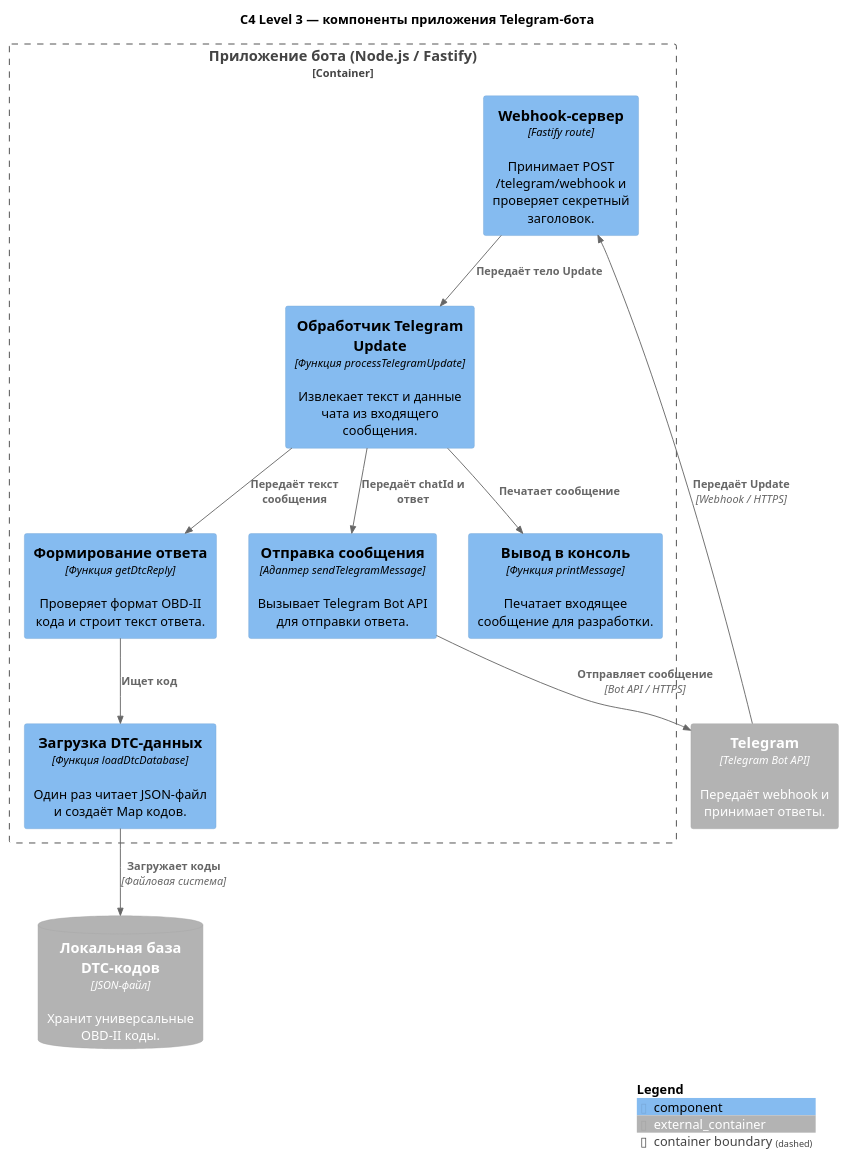
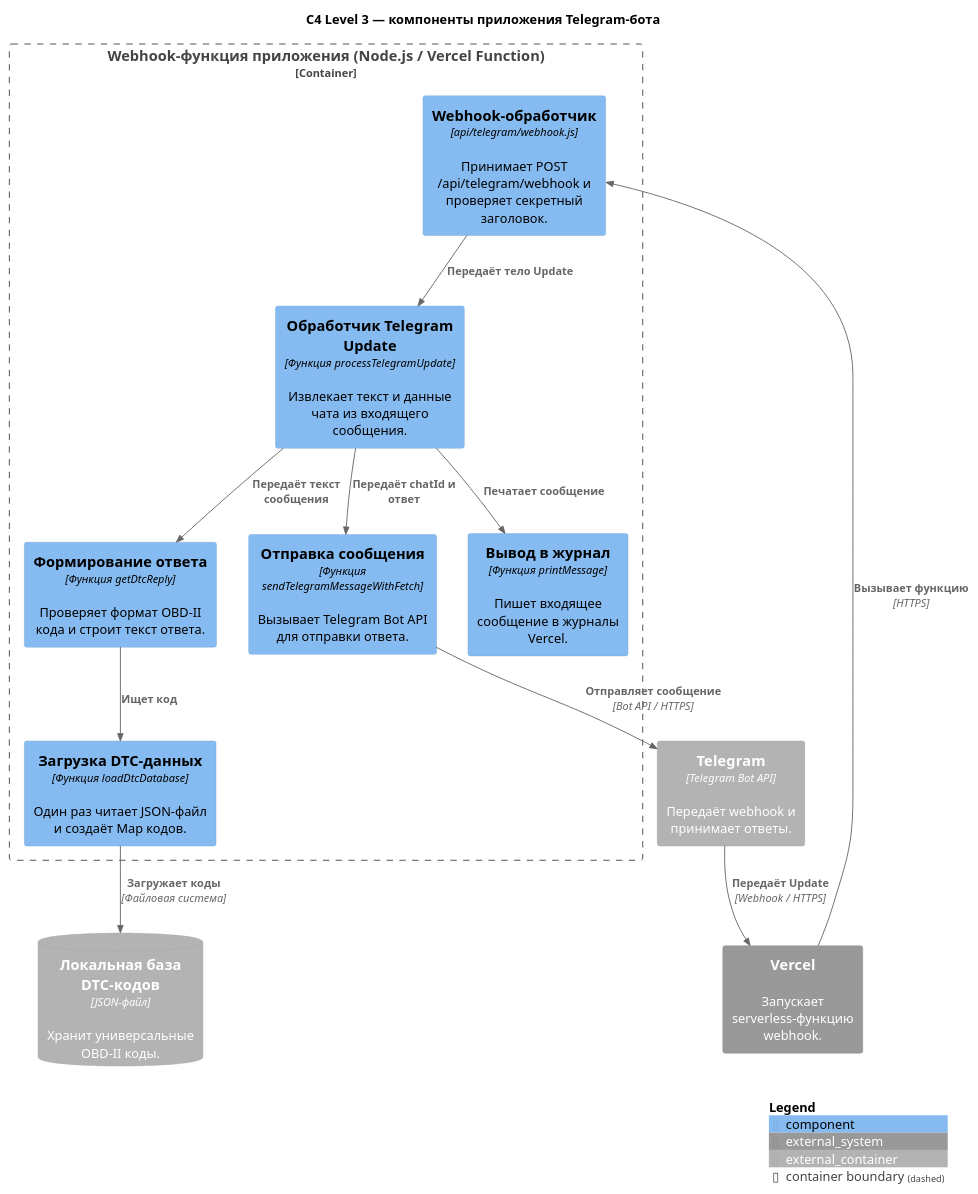
The diagram in docs/c4-level-3-components.puml (DmitriyLyashenko78/auto-helper-telegram-bot), drawn with PlantUML before and after one commit. The commit also changed 2 other files, not shown here.

Commit message:
Update C4 architecture diagrams

```diff
--- a/docs/c4-level-3-components.puml
+++ b/docs/c4-level-3-components.puml
@@ -1,30 +1,32 @@
 @startuml C4_Level_3_Telegram_Bot
 !includeurl https://raw.githubusercontent.com/plantuml-stdlib/C4-PlantUML/master/C4_Component.puml
 
 title C4 Level 3 — компоненты приложения Telegram-бота
 
 LAYOUT_TOP_DOWN()
 
 Container_Ext(telegram, "Telegram", "Telegram Bot API", "Передаёт webhook и принимает ответы.")
+System_Ext(vercel, "Vercel", "Запускает serverless-функцию webhook.")
 ContainerDb_Ext(dtcData, "Локальная база DTC-кодов", "JSON-файл", "Хранит универсальные OBD-II коды.")
 
-Container_Boundary(botApp, "Приложение бота (Node.js / Fastify)") {
-  Component(webhookServer, "Webhook-сервер", "Fastify route", "Принимает POST /telegram/webhook и проверяет секретный заголовок.")
+Container_Boundary(botApp, "Webhook-функция приложения (Node.js / Vercel Function)") {
+  Component(webhookServer, "Webhook-обработчик", "api/telegram/webhook.js", "Принимает POST /api/telegram/webhook и проверяет секретный заголовок.")
   Component(updateProcessor, "Обработчик Telegram Update", "Функция processTelegramUpdate", "Извлекает текст и данные чата из входящего сообщения.")
   Component(replyBuilder, "Формирование ответа", "Функция getDtcReply", "Проверяет формат OBD-II кода и строит текст ответа.")
   Component(dtcLoader, "Загрузка DTC-данных", "Функция loadDtcDatabase", "Один раз читает JSON-файл и создаёт Map кодов.")
-  Component(messageSender, "Отправка сообщения", "Адаптер sendTelegramMessage", "Вызывает Telegram Bot API для отправки ответа.")
-  Component(consoleOutput, "Вывод в консоль", "Функция printMessage", "Печатает входящее сообщение для разработки.")
+  Component(messageSender, "Отправка сообщения", "Функция sendTelegramMessageWithFetch", "Вызывает Telegram Bot API для отправки ответа.")
+  Component(consoleOutput, "Вывод в журнал", "Функция printMessage", "Пишет входящее сообщение в журналы Vercel.")
 }
 
-Rel(telegram, webhookServer, "Передаёт Update", "Webhook / HTTPS")
+Rel(telegram, vercel, "Передаёт Update", "Webhook / HTTPS")
+Rel(vercel, webhookServer, "Вызывает функцию", "HTTPS")
 Rel(webhookServer, updateProcessor, "Передаёт тело Update")
 Rel(updateProcessor, replyBuilder, "Передаёт текст сообщения")
 Rel(updateProcessor, consoleOutput, "Печатает сообщение")
 Rel(replyBuilder, dtcLoader, "Ищет код")
 Rel(dtcLoader, dtcData, "Загружает коды", "Файловая система")
 Rel(updateProcessor, messageSender, "Передаёт chatId и ответ")
 Rel(messageSender, telegram, "Отправляет сообщение", "Bot API / HTTPS")
 
 SHOW_LEGEND()
 @enduml
```
